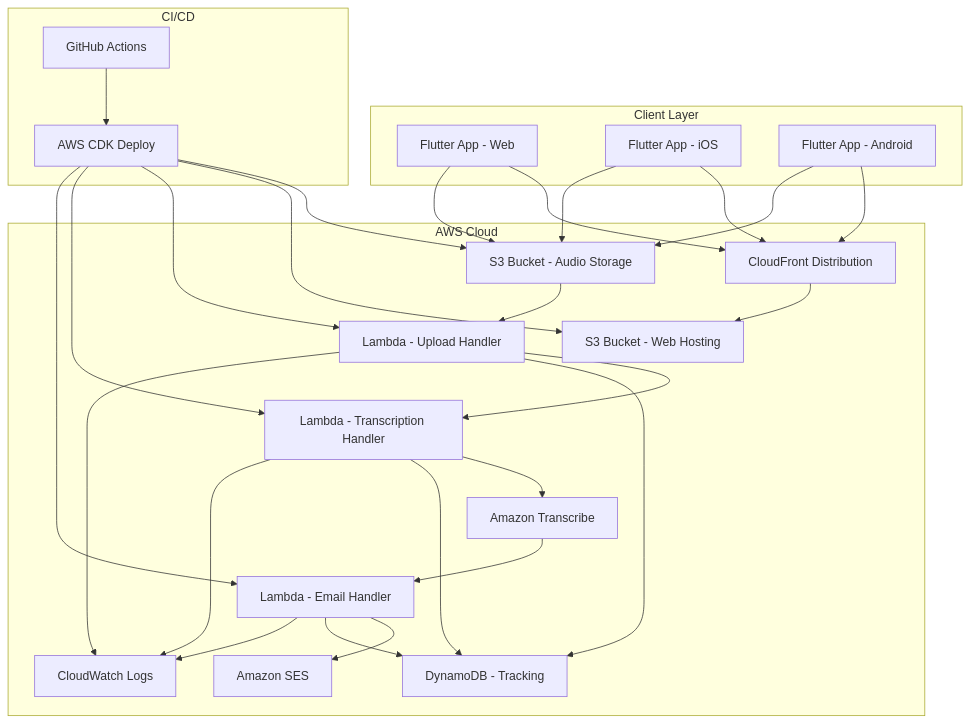
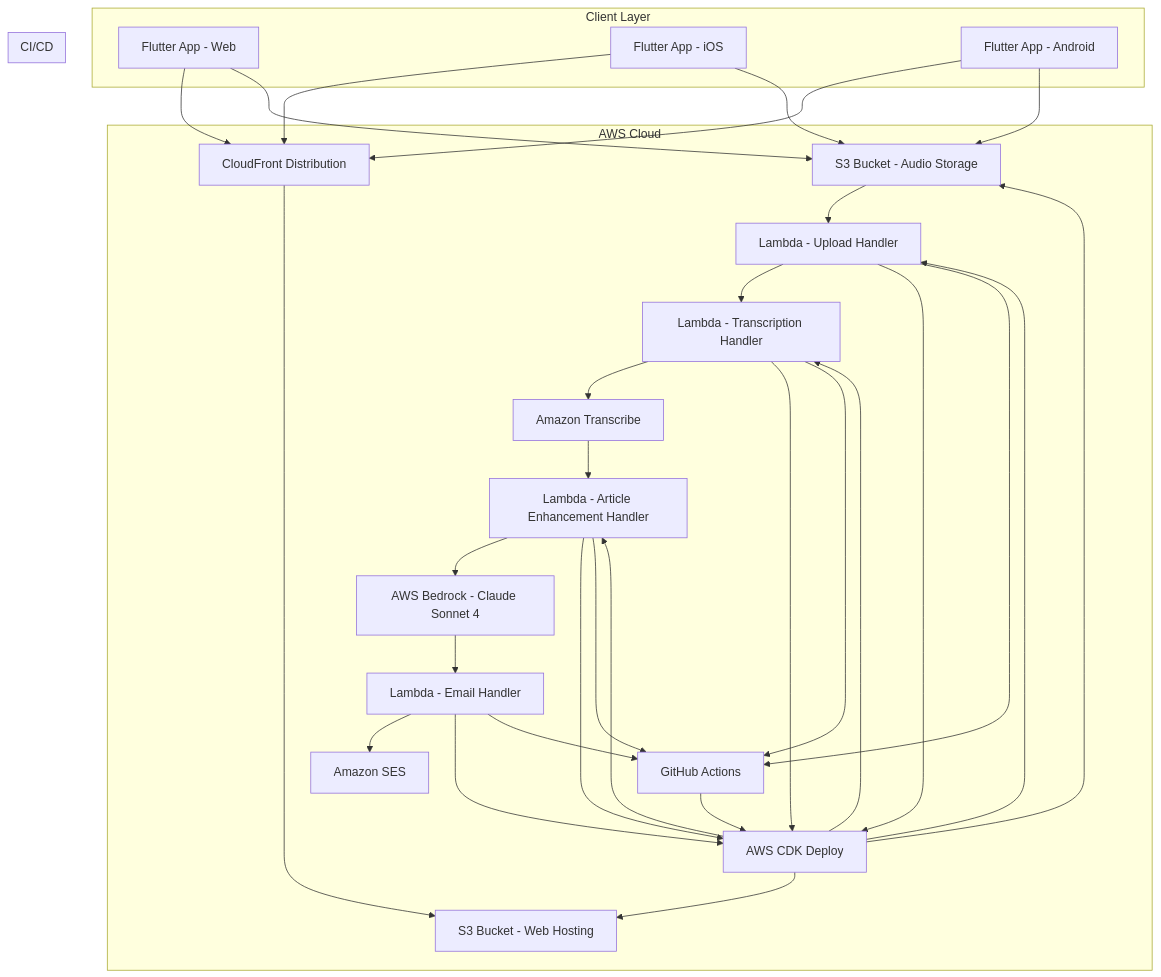
The diagram in .kiro/specs/speech-to-email/design.md (Lock128/speech-to-text), drawn with Mermaid before and after one commit. The commit also changed other lines of this file and 12 other files, not shown here.

````diff
--- a/.kiro/specs/speech-to-email/design.md
+++ b/.kiro/specs/speech-to-email/design.md
@@ -11,51 +11,57 @@
 ```mermaid
 graph TB
     subgraph "Client Layer"
         A[Flutter App - Web]
         B[Flutter App - iOS]
         C[Flutter App - Android]
     end
     
     subgraph "AWS Cloud"
         D[CloudFront Distribution]
         E[S3 Bucket - Audio Storage]
         F[S3 Bucket - Web Hosting]
         G[Lambda - Upload Handler]
         H[Lambda - Transcription Handler]
-        I[Lambda - Email Handler]
-        J[Amazon Transcribe]
-        K[Amazon SES]
-        L[CloudWatch Logs]
-        M[DynamoDB - Tracking]
+        I[Lambda - Article Enhancement Handler]
+        J[Lambda - Email Handler]
+        K[Amazon Transcribe]
+        L[AWS Bedrock - Claude Sonnet 4]
+        M[Amazon SES]
+        N[CloudWatch Logs]
+        O[DynamoDB - Tracking]
     end
     
     subgraph "CI/CD"
         N[GitHub Actions]
         O[AWS CDK Deploy]
     end
     
     A --> D
     B --> D
     C --> D
     D --> F
     A --> E
     B --> E
     C --> E
     E --> G
     G --> H
-    H --> J
-    J --> I
-    I --> K
-    G --> M
-    H --> M
-    I --> M
-    G --> L
-    H --> L
+    H --> K
+    K --> I
     I --> L
+    L --> J
+    J --> M
+    G --> O
+    H --> O
+    I --> O
+    J --> O
+    G --> N
+    H --> N
+    I --> N
+    J --> N
     N --> O
     O --> E
     O --> F
     O --> G
     O --> H
     O --> I
 ```
````
